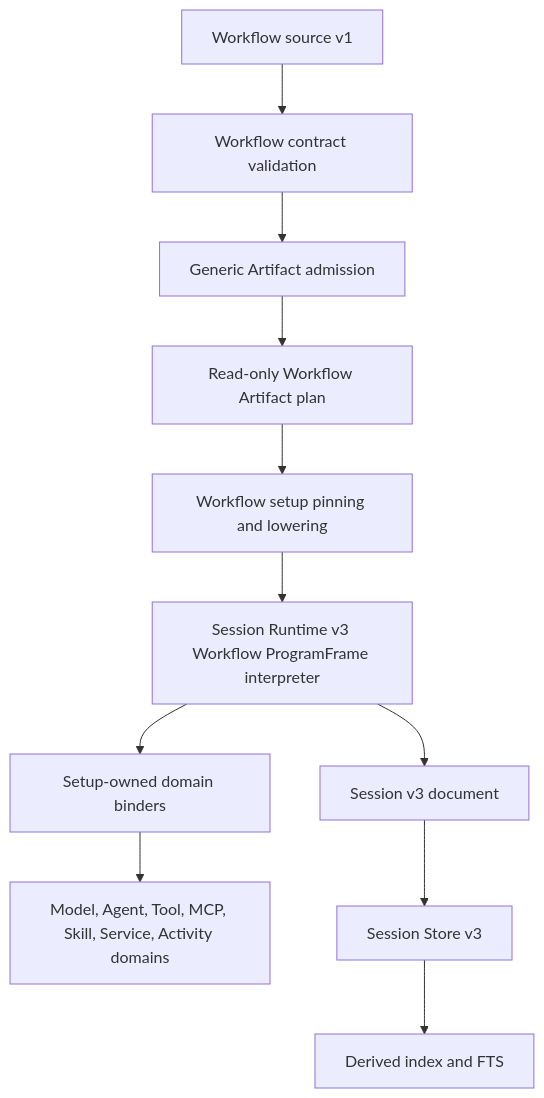
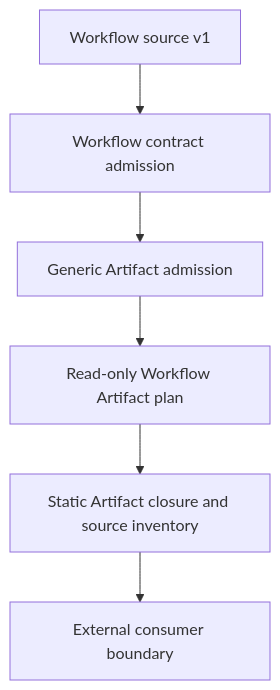
The diagram in devdocs/requirements/workflow_artifact.md (flexigpt/flexigpt-app), drawn with Mermaid before and after one commit. The commit also changed other lines of this file and 1 other file, not shown here.

Commit message:
workflow doc

````diff
--- a/devdocs/requirements/workflow_artifact.md
+++ b/devdocs/requirements/workflow_artifact.md
@@ -190,14 +186,8 @@
 ```mermaid
 flowchart TD
-    A[Workflow source v1] --> B[Workflow contract validation]
+    A[Workflow source v1] --> B[Workflow contract admission]
     B --> C[Generic Artifact admission]
     C --> D[Read-only Workflow Artifact plan]
-    D --> E[Workflow setup pinning and lowering]
-    E --> F[Session Runtime v3 Workflow ProgramFrame interpreter]
-    F --> G[Setup-owned domain binders]
-    G --> H[Model, Agent, Tool, MCP, Skill, Service, Activity domains]
-
-    F --> I[Session v3 document]
-    I --> J[Session Store v3]
-    J --> K[Derived index and FTS]
+    D --> E[Static Artifact closure and source inventory]
+    E --> F[External consumer boundary]
 ```
````
